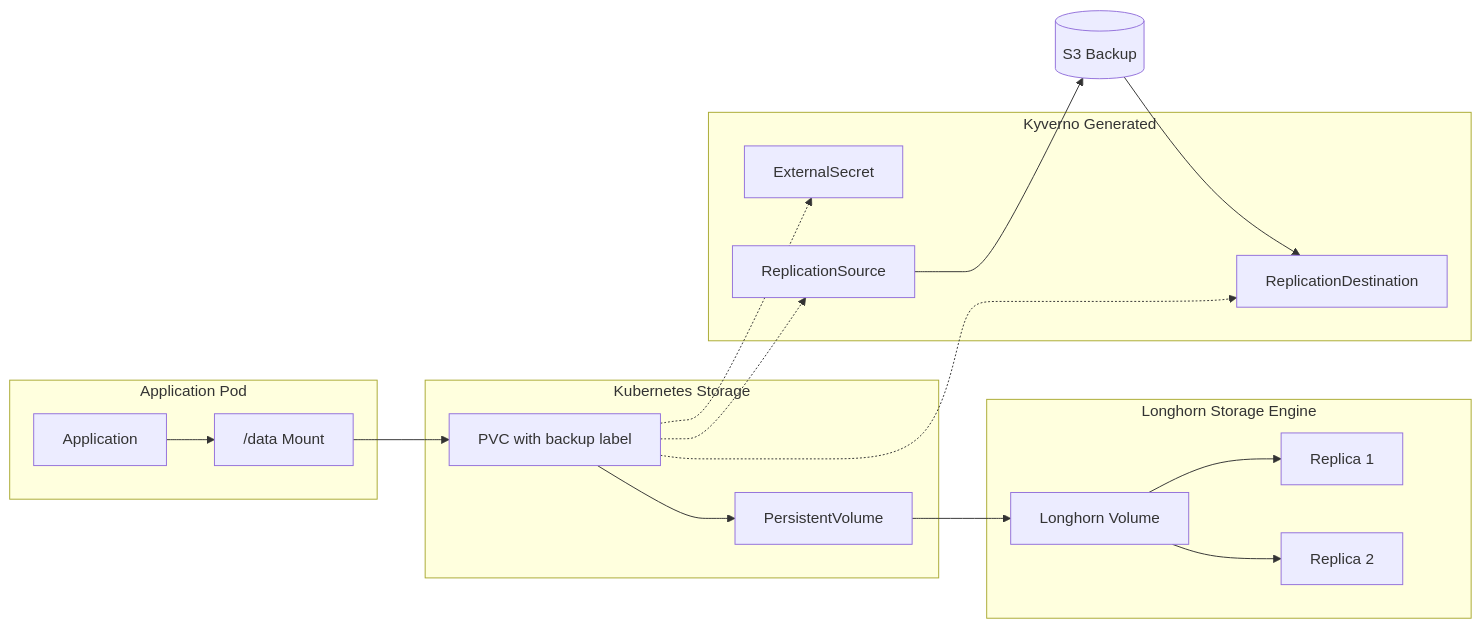
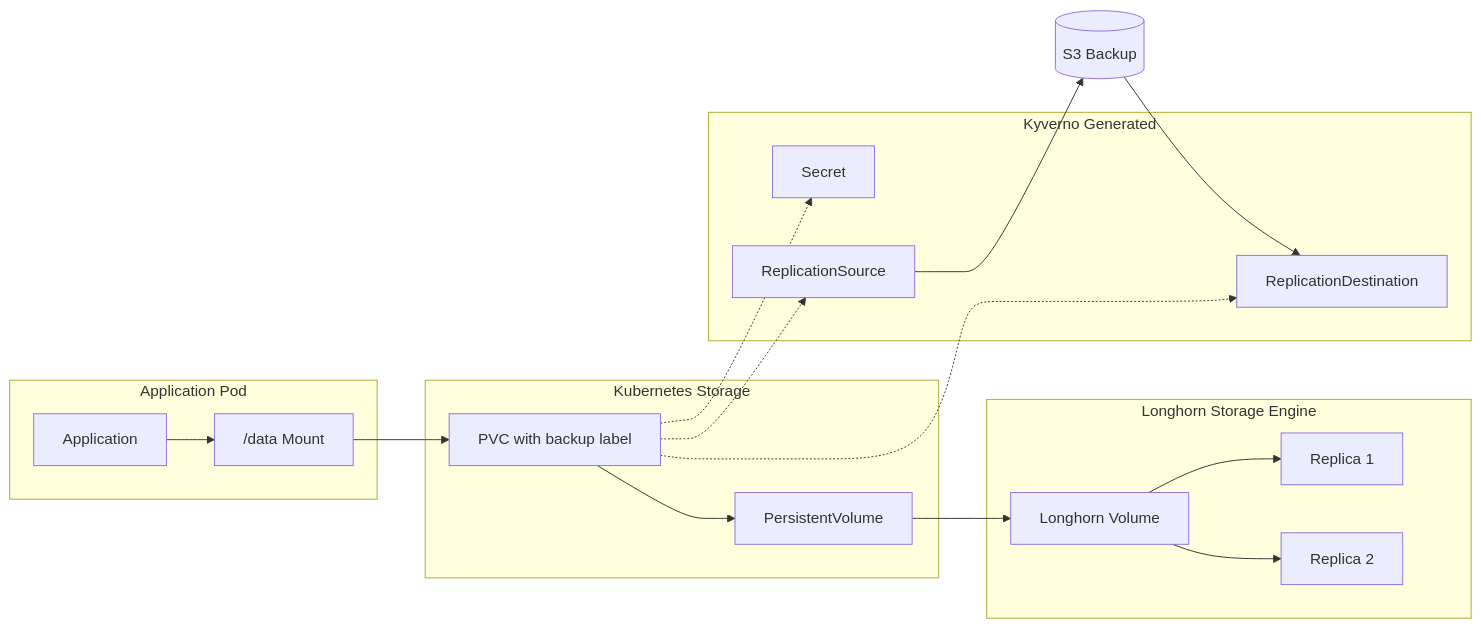
One commit to mitchross/talos-argocd-proxmox changed the fourth of 5 diagrams in docs/storage-architecture.md. Above: the diagram before and after it, drawn with Mermaid. The commit also changed other lines of this file and 66 other files, not shown here.

First line of the commit message:
refactor(volsync): migrate to zero-touch backup architecture

````diff
--- a/docs/storage-architecture.md
+++ b/docs/storage-architecture.md
@@ -168,26 +176,26 @@
 ```mermaid
 graph LR
     subgraph "Application Pod"
         App[Application] --> Mount["/data Mount"]
     end
 
     subgraph "Kubernetes Storage"
         Mount --> PVC[PVC with backup label]
         PVC --> PV[PersistentVolume]
     end
 
     subgraph "Longhorn Storage Engine"
         PV --> LH_Vol[Longhorn Volume]
         LH_Vol --> Replica1[Replica 1]
         LH_Vol --> Replica2[Replica 2]
     end
 
     subgraph "Kyverno Generated"
-        PVC -.-> ES[ExternalSecret]
+        PVC -.-> SEC[Secret]
         PVC -.-> RS[ReplicationSource]
         PVC -.-> RD[ReplicationDestination]
     end
 
     RS --> S3[(S3 Backup)]
     S3 --> RD
 ```
````
